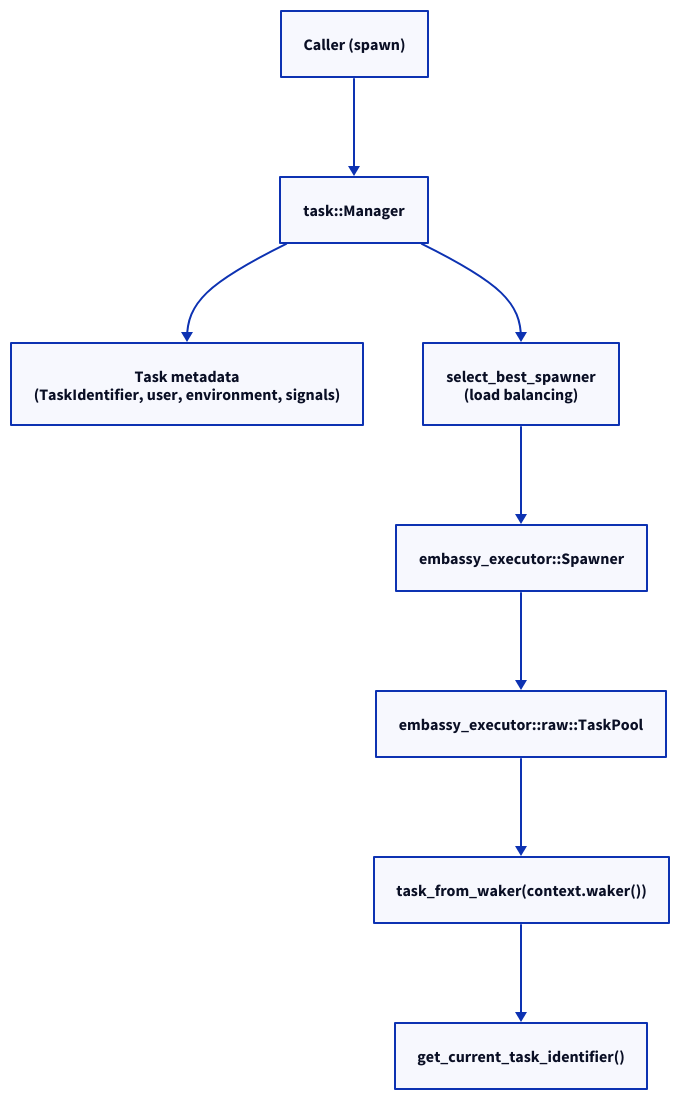
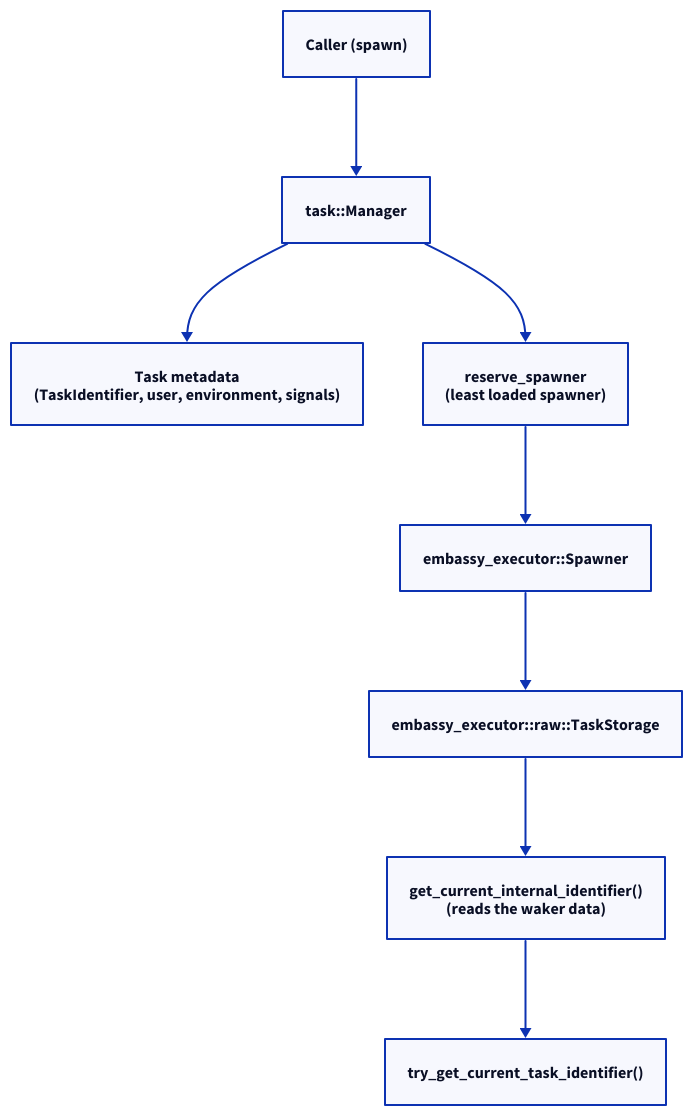
Before and after one commit to xila-project/website: the diagram in src/content/docs/explanation/architecture/subsystems/task.mdx, drawn with D2. The commit also changed other lines of this file and 7 other files, not shown here.

First line of the commit message:
docs(diagrams): fix the subsystem diagrams after review

````diff
--- a/src/content/docs/explanation/architecture/subsystems/task.mdx
+++ b/src/content/docs/explanation/architecture/subsystems/task.mdx
@@ -25,20 +25,20 @@
 ```d2 title="Task spawn flow from the caller to the task identity"
 direction: down
 
 caller: "Caller (spawn)" { class: io }
-manager: "task::Manager" { class: focus }
-metadata: "Task metadata\n(TaskIdentifier, user, environment, signals)" { class: stored }
-select: "select_best_spawner\n(load balancing)" { class: decision }
+manager: "task::Manager" { class: component }
+metadata: "Task metadata\n(TaskIdentifier, user, environment, signals)" { class: component }
+select: "reserve_spawner\n(least loaded spawner)" { class: decision }
 spawner: "embassy_executor::Spawner" { class: component }
-pool: "embassy_executor::raw::TaskPool" { class: component }
-waker: "task_from_waker(context.waker())" { class: component }
-context: "get_current_task_identifier()" { class: io }
+storage: "embassy_executor::raw::TaskStorage" { class: component }
+waker: "get_current_internal_identifier()\n(reads the waker data)" { class: component }
+context: "try_get_current_task_identifier()" { class: io }
 
 caller -> manager
 manager -> metadata
 manager -> select
 select -> spawner
-spawner -> pool
-pool -> waker
+spawner -> storage
+storage -> waker
 waker -> context
 ```
````
